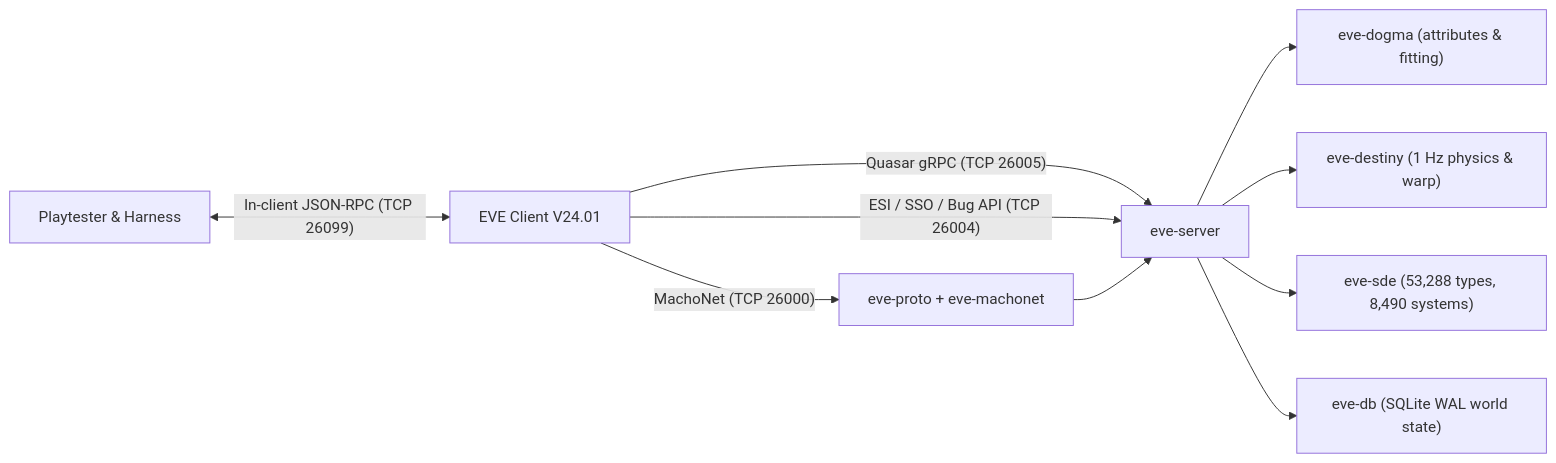
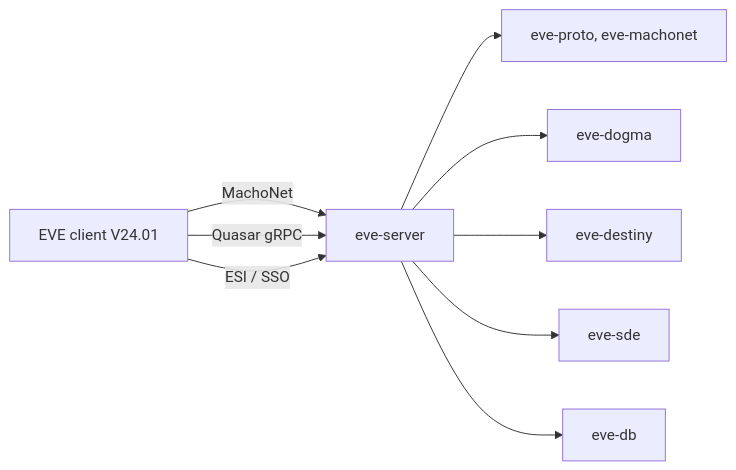
Before and after one commit to saverchenkov/EvoMu: the diagram in README.md, drawn with Mermaid. The commit also changed other lines of this file and 19 other files, not shown here.

````diff
--- a/README.md
+++ b/README.md
@@ -35,12 +163,11 @@
 ```mermaid
 flowchart LR
-    Client["EVE Client V24.01"] -->|"MachoNet (TCP 26000)"| Proto["eve-proto + eve-machonet"]
-    Client -->|"Quasar gRPC (TCP 26005)"| Server["eve-server"]
-    Client -->|"ESI / SSO / Bug API (TCP 26004)"| Server
-    Playtester["Playtester & Harness"] <-->|"In-client JSON-RPC (TCP 26099)"| Client
-    Proto --> Server
-    Server --> Dogma["eve-dogma (attributes & fitting)"]
-    Server --> Destiny["eve-destiny (1 Hz physics & warp)"]
-    Server --> Sde["eve-sde (53,288 types, 8,490 systems)"]
-    Server --> Db["eve-db (SQLite WAL world state)"]
+    Client["EVE client V24.01"] -->|"MachoNet"| Server["eve-server"]
+    Client -->|"Quasar gRPC"| Server
+    Client -->|"ESI / SSO"| Server
+    Server --> Proto["eve-proto, eve-machonet"]
+    Server --> Dogma["eve-dogma"]
+    Server --> Destiny["eve-destiny"]
+    Server --> Sde["eve-sde"]
+    Server --> Db["eve-db"]
 ```
````
